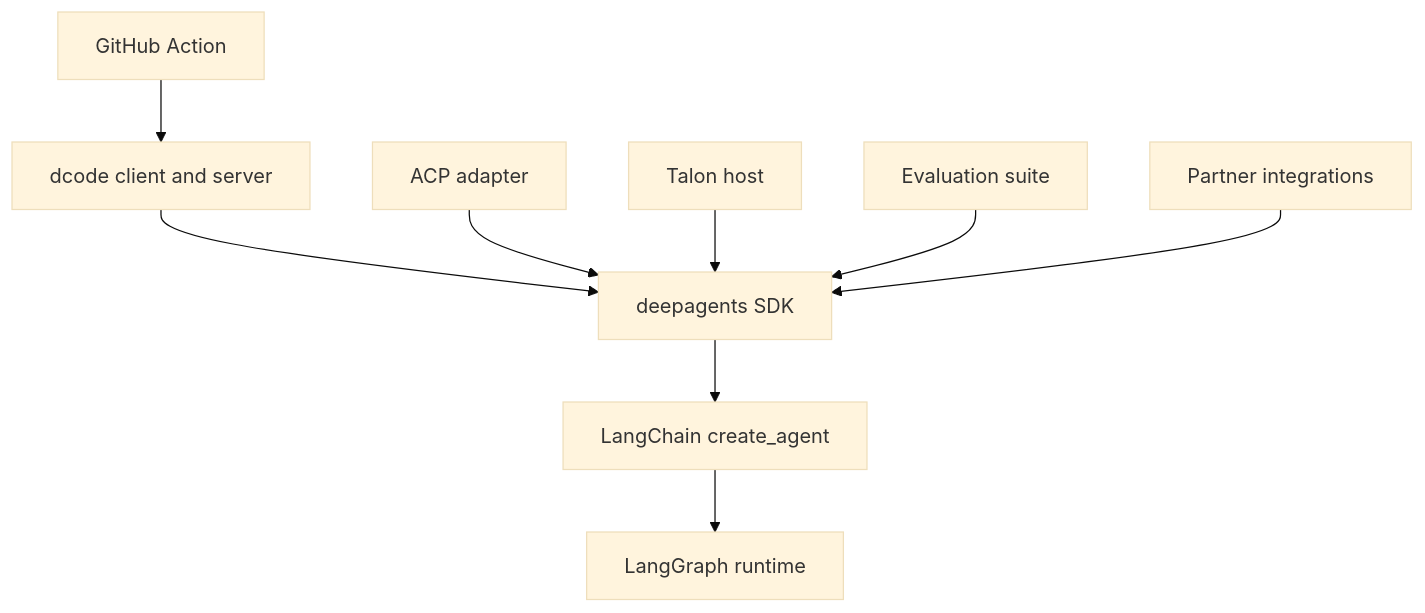
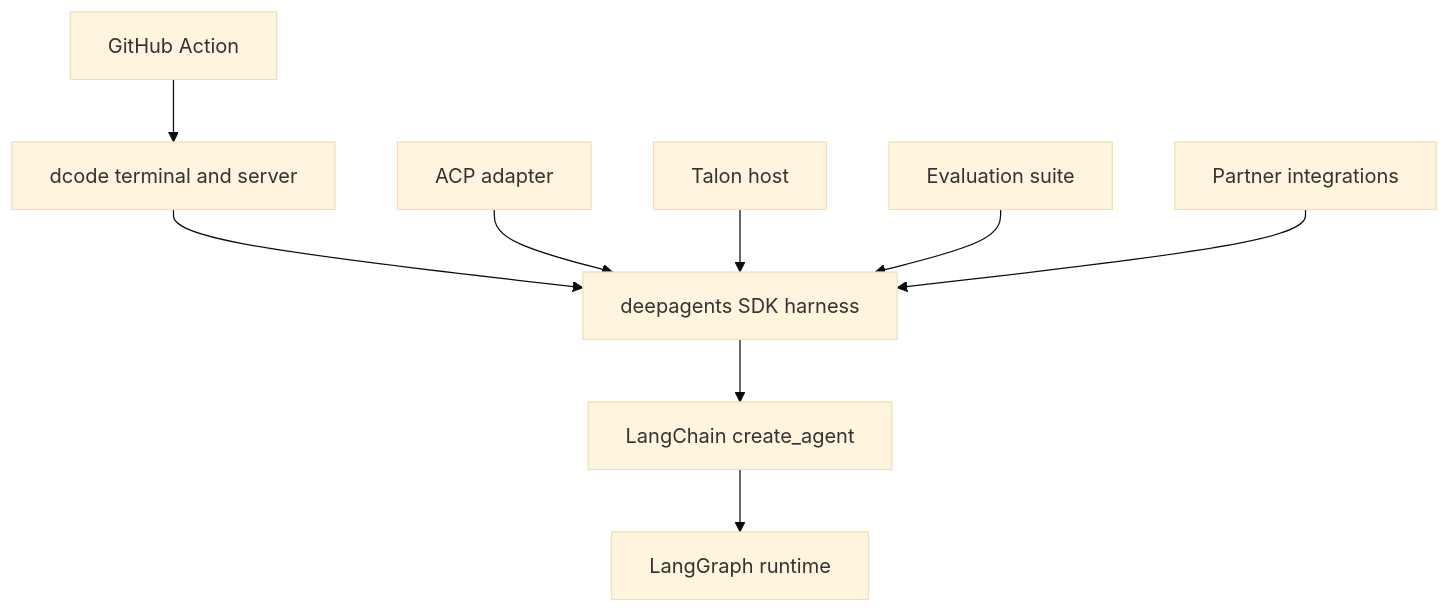
One commit to langchain-ai/deepagents changed the diagram in openwiki/architecture/source-map.md. Above: the diagram before and after it, drawn with Mermaid (base theme). The commit also changed other lines of this file and 56 other files, not shown here.

````diff
--- a/openwiki/architecture/source-map.md
+++ b/openwiki/architecture/source-map.md
@@ -67,11 +67,11 @@
 ```mermaid
 flowchart TD
-    SDK["deepagents SDK"] --> Chain["LangChain create_agent"]
-    Chain --> Graph["LangGraph runtime"]
-    Dcode["dcode client and server"] --> SDK
+    SDK["deepagents SDK harness"] --> LC["LangChain create_agent"]
+    LC --> LG["LangGraph runtime"]
+    Dcode["dcode terminal and server"] --> SDK
     ACP["ACP adapter"] --> SDK
     Talon["Talon host"] --> SDK
     Evals["Evaluation suite"] --> SDK
     Partners["Partner integrations"] --> SDK
     Action["GitHub Action"] --> Dcode
 ```
````
